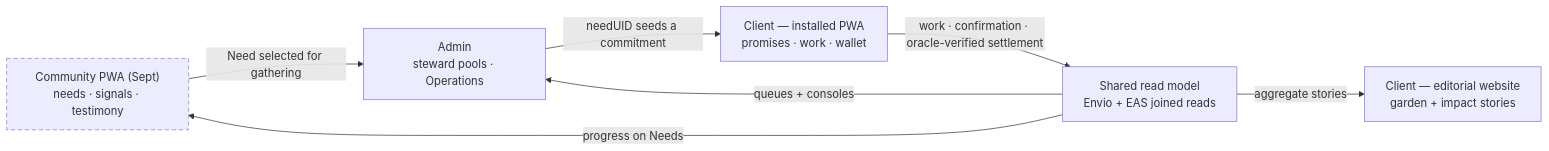
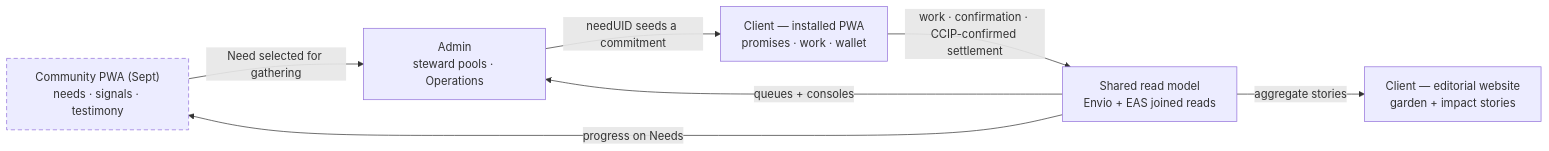
Before and after one commit to greenpill-dev-guild/green-goods: the diagram in .plans/active/commitment-pooling/wireframes.md, drawn with Mermaid. The commit also changed other lines of this file and 44 other files, not shown here.

Commit message:
docs(contracts): freeze CCIP settlement architecture

````diff
--- a/.plans/active/commitment-pooling/wireframes.md
+++ b/.plans/active/commitment-pooling/wireframes.md
@@ -25,17 +25,17 @@
 ```mermaid
 flowchart LR
   classDef planned stroke-dasharray: 6 4
   COM["Community PWA (Sept)<br/>needs · signals · testimony"]
   ADM["Admin<br/>steward pools · Operations"]
   PWA["Client — installed PWA<br/>promises · work · wallet"]
   PUB["Client — editorial website<br/>garden + impact stories"]
   READ["Shared read model<br/>Envio + EAS joined reads"]
 
   COM -->|"Need selected for gathering"| ADM
   ADM -->|"needUID seeds a commitment"| PWA
-  PWA -->|"work · confirmation · oracle-verified settlement"| READ
+  PWA -->|"work · confirmation · CCIP-confirmed settlement"| READ
   READ -->|"progress on Needs"| COM
   READ -->|"queues + consoles"| ADM
   READ -->|"aggregate stories"| PUB
   class COM planned
 ```
````
